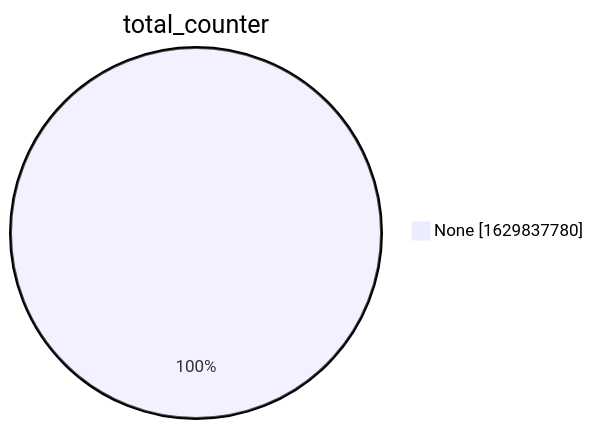
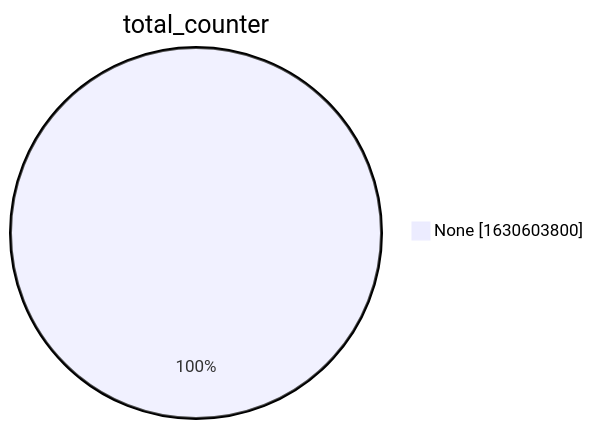
Before and after one commit to christiankrug/ctmonitor_visualization: the second of 15 diagrams in xenon2022/README.md, drawn with Mermaid. The commit also changed other lines of this file, not shown here.

````diff
--- a/xenon2022/README.md
+++ b/xenon2022/README.md
@@ -9,5 +9,5 @@
 ```mermaid
 pie showData
 title total_counter
-"None" :1629837780
+"None" :1630603800
 ```
````
